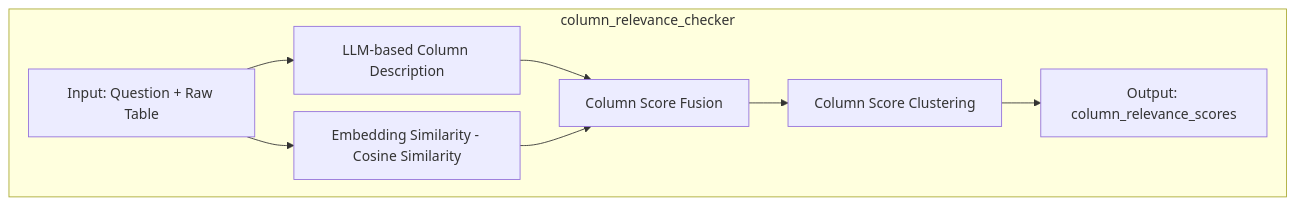
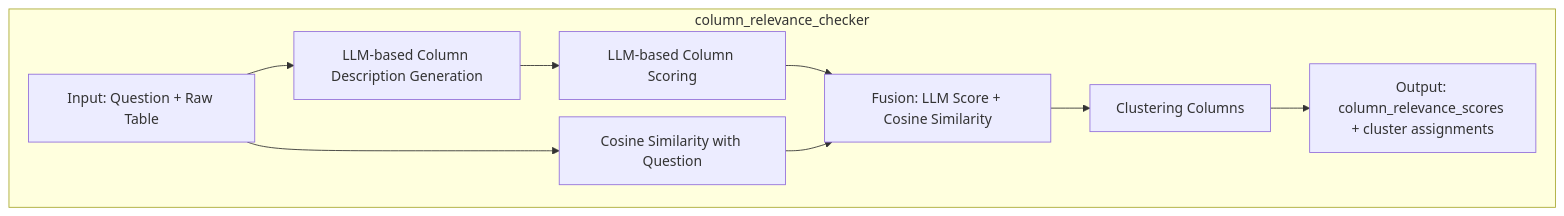
The second of 3 diagrams in README.md (torijune/ATF-Adaptive-Table-Filtering-Framework), drawn with Mermaid before and after one commit. The commit also changed other lines of this file, not shown here.

````diff
--- a/README.md
+++ b/README.md
@@ -77,19 +77,21 @@
 ```mermaid
 %%{init: {'theme':'default', 'flowchart': {'nodeSpacing': 20, 'rankSpacing': 20}}}%%
 graph TD
     subgraph column_relevance_checker
         A1[Input: Question + Raw Table]
-        A2[LLM-based Column Description]
-        A3[Embedding Similarity - Cosine Similarity]
-        A4[Column Score Fusion]
-        A5[Column Score Clustering]
-        A6[Output: column_relevance_scores]
+        A2[LLM-based Column Description Generation]
+        A3[LLM-based Column Scoring]
+        A4[Cosine Similarity with Question]
+        A5[Fusion: LLM Score + Cosine Similarity]
+        A6[Clustering Columns]
+        A7[Output: column_relevance_scores + cluster assignments]
         
         A1 --> A2
-        A1 --> A3
-        A2 --> A4
-        A3 --> A4
+        A2 --> A3
+        A1 --> A4
+        A3 --> A5
         A4 --> A5
         A5 --> A6
+        A6 --> A7
     end
 ```
````
